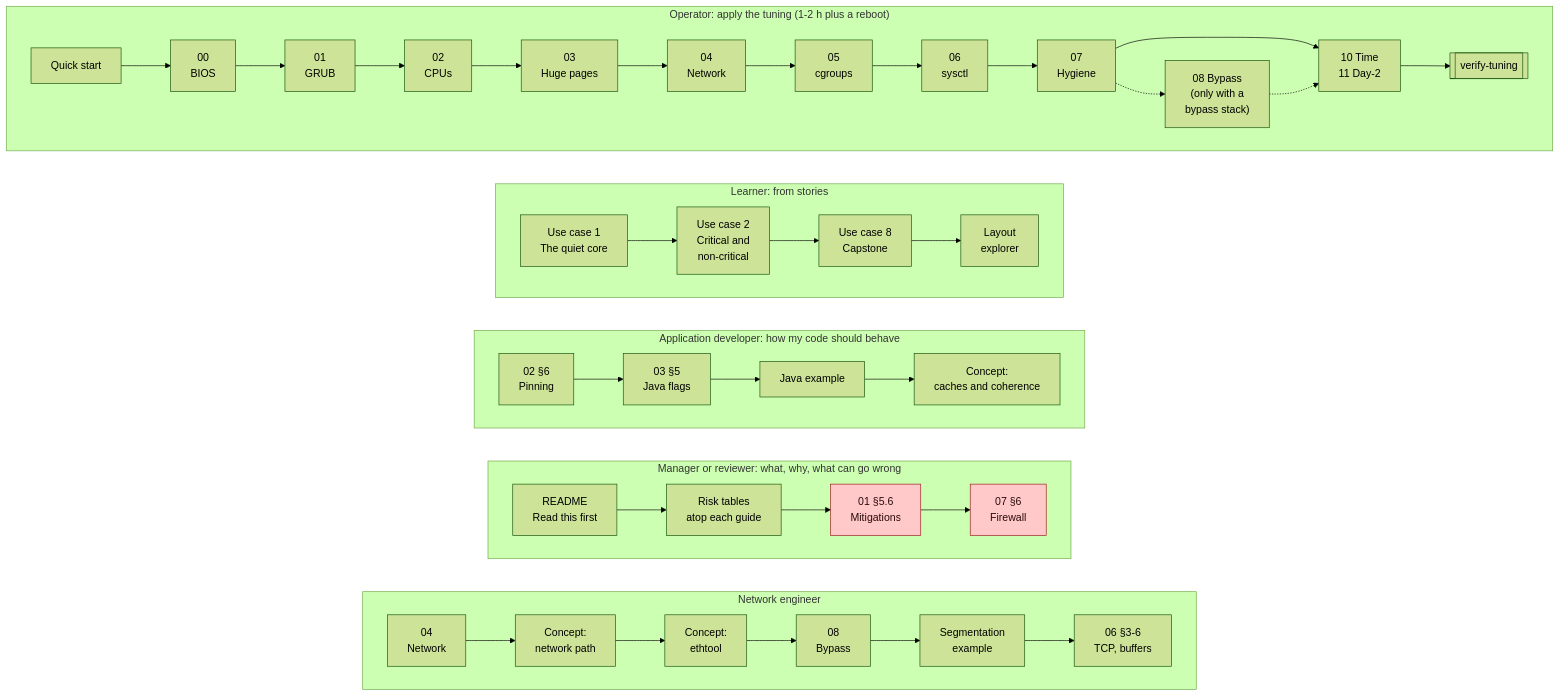
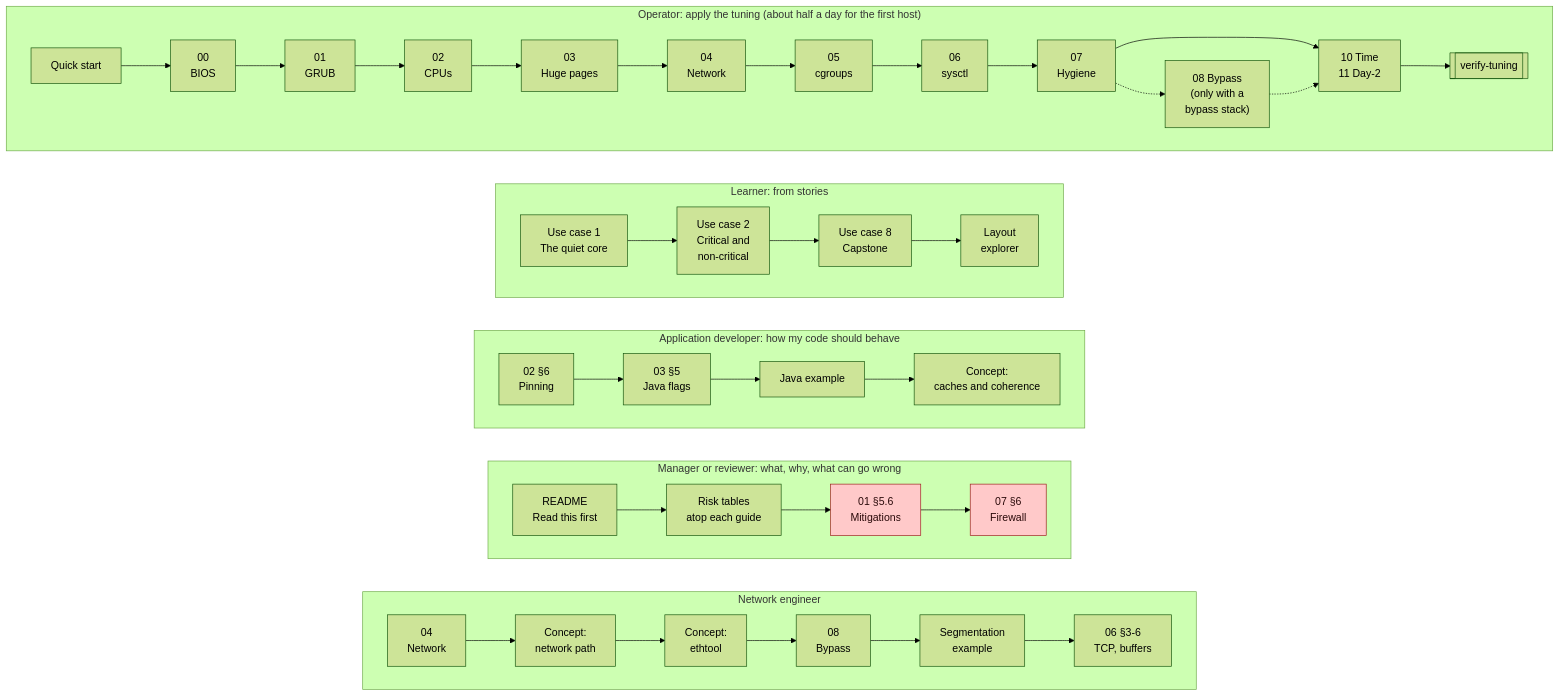
The diagram in INDEX.md (vitor-tadashi/mechanical-sympathy), drawn with Mermaid (forest theme) before and after one commit. The commit also changed other lines of this file and 8 other files, not shown here.

````diff
--- a/INDEX.md
+++ b/INDEX.md
@@ -7,27 +7,27 @@
 ```mermaid
 flowchart TD
-  subgraph op["Operator: apply the tuning (1-2 h plus a reboot)"]
+  subgraph op["Operator: apply the tuning (about half a day for the first host)"]
     direction LR
     o0["Quick start"] --> o00["00<br/>BIOS"] --> o1["01<br/>GRUB"] --> o2["02<br/>CPUs"] --> o3["03<br/>Huge pages"] --> o4["04<br/>Network"] --> o5["05<br/>cgroups"] --> o6["06<br/>sysctl"] --> o7["07<br/>Hygiene"] --> o10["10 Time<br/>11 Day-2"] --> ov[["verify-tuning"]]
     o7 -.-> o8["08 Bypass<br/>(only with a<br/>bypass stack)"] -.-> o10
   end
   subgraph story["Learner: from stories"]
     direction LR
     s1["Use case 1<br/>The quiet core"] --> s2["Use case 2<br/>Critical and<br/>non-critical"] --> s3["Use case 8<br/>Capstone"] --> s4["Layout<br/>explorer"]
   end
   subgraph dev["Application developer: how my code should behave"]
     direction LR
     d1["02 §6<br/>Pinning"] --> d2["03 §5<br/>Java flags"] --> d3["Java example"] --> d4["Concept:<br/>caches and coherence"]
   end
   subgraph mgr["Manager or reviewer: what, why, what can go wrong"]
     direction LR
     m1["README<br/>Read this first"] --> m2["Risk tables<br/>atop each guide"] --> m3["01 §5.6<br/>Mitigations"] --> m4["07 §6<br/>Firewall"]
   end
   subgraph net["Network engineer"]
     direction LR
     n1["04<br/>Network"] --> n2["Concept:<br/>network path"] --> n3["Concept:<br/>ethtool"] --> n4["08<br/>Bypass"] --> n5["Segmentation<br/>example"] --> n6["06 §3-6<br/>TCP, buffers"]
   end
   op ~~~ story ~~~ dev ~~~ mgr ~~~ net
   classDef risk fill:#ffc9c9,stroke:#9b1c1c,color:#2b0a0a
   class m3,m4 risk
 ```
````
